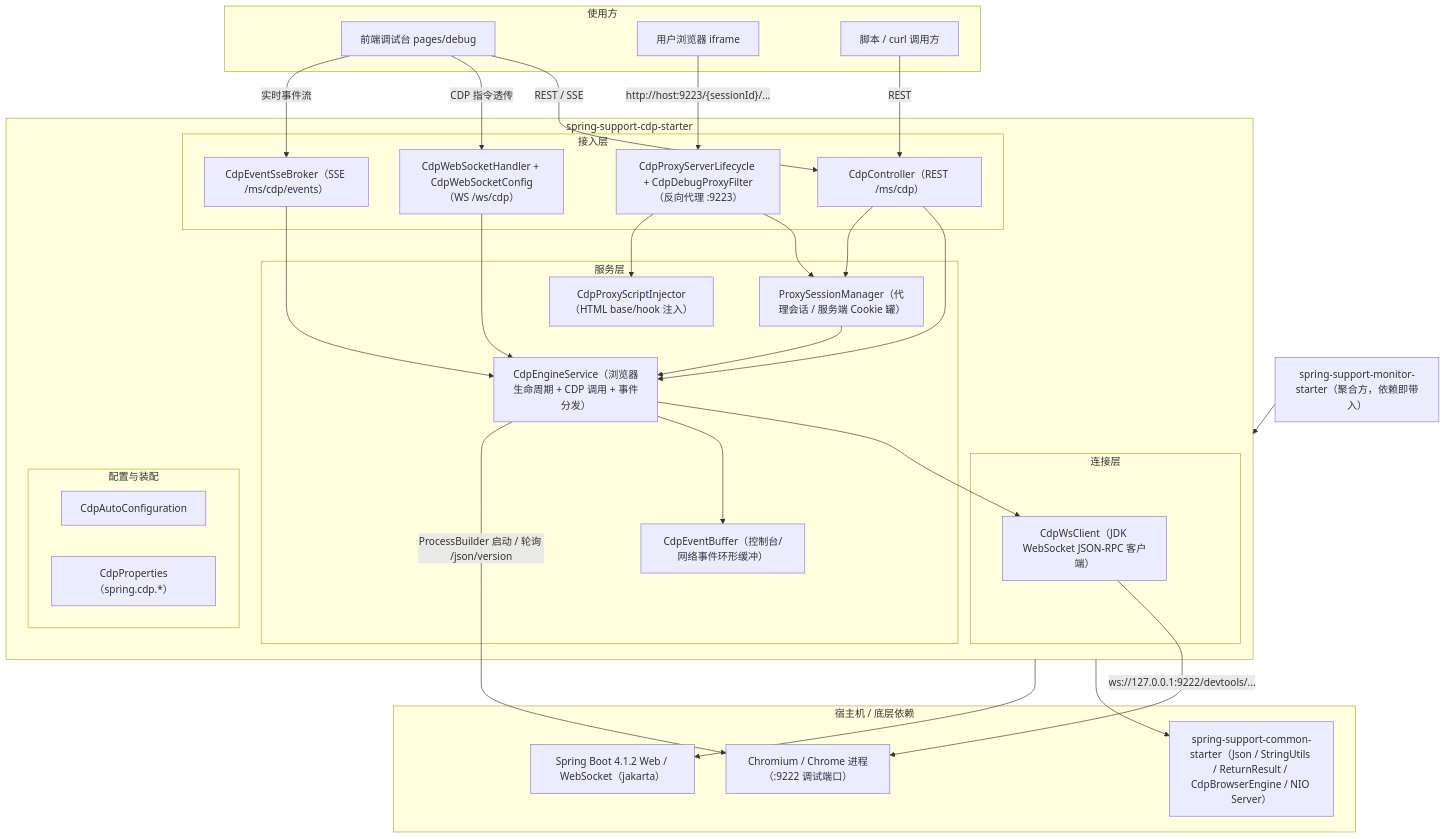
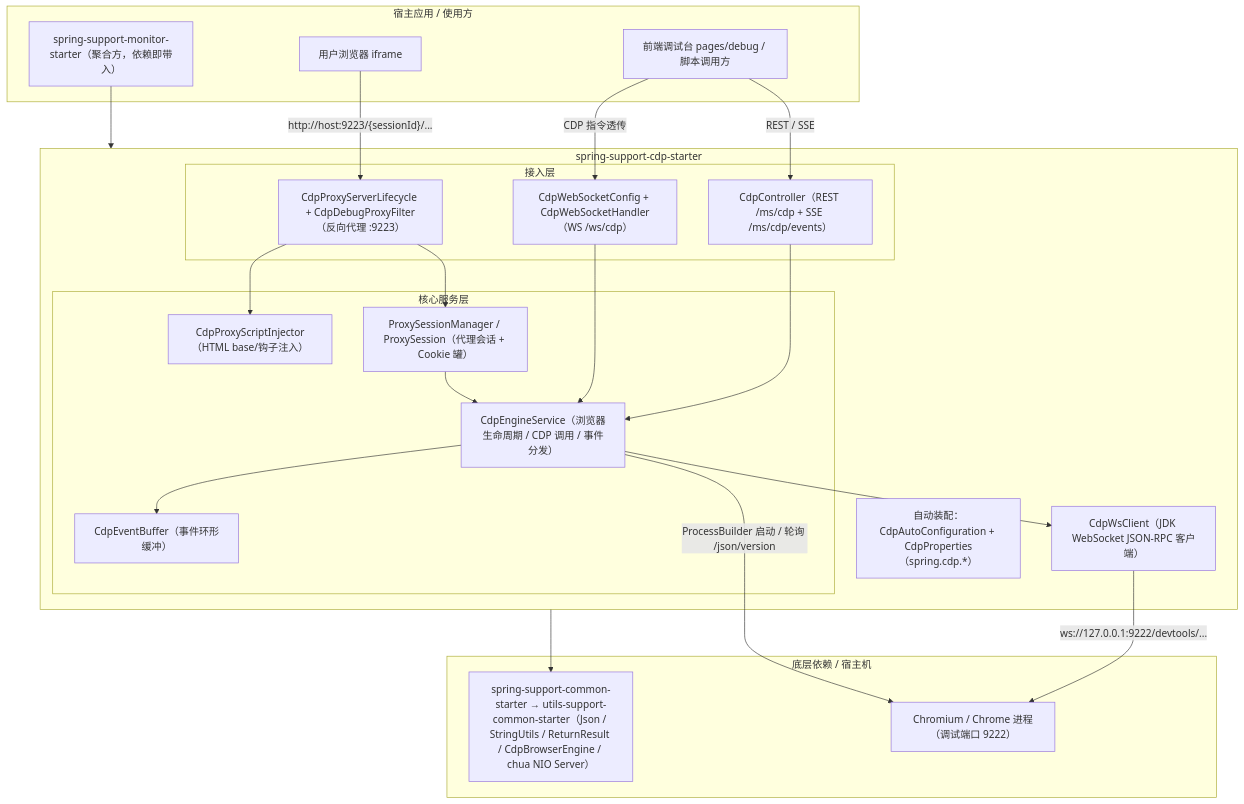
Before and after one commit to CHTK001/spring-support-parent-starter: the first of 2 diagrams in spring-support-cdp-starter/README.md, drawn with Mermaid. The commit also changed other lines of this file and 54 other files, not shown here.

````diff
--- a/spring-support-cdp-starter/README.md
+++ b/spring-support-cdp-starter/README.md
@@ -14,61 +8,44 @@
 ```mermaid
 flowchart TB
-    subgraph client["使用方"]
-        FE["前端调试台 pages/debug"]
+    subgraph host["宿主应用 / 使用方"]
+        FE["前端调试台 pages/debug / 脚本调用方"]
         IFRAME["用户浏览器 iframe"]
-        API["脚本 / curl 调用方"]
+        MONITOR["spring-support-monitor-starter（聚合方，依赖即带入）"]
     end
 
     subgraph cdp["spring-support-cdp-starter"]
+        AUTO["自动装配：CdpAutoConfiguration + CdpProperties（spring.cdp.*）"]
         subgraph access["接入层"]
-            CTRL["CdpController（REST /ms/cdp）"]
-            WSH["CdpWebSocketHandler + CdpWebSocketConfig（WS /ws/cdp）"]
-            SSEB["CdpEventSseBroker（SSE /ms/cdp/events）"]
+            CTRL["CdpController（REST /ms/cdp + SSE /ms/cdp/events）"]
+            WSH["CdpWebSocketConfig + CdpWebSocketHandler（WS /ws/cdp）"]
             PROXY["CdpProxyServerLifecycle + CdpDebugProxyFilter（反向代理 :9223）"]
         end
-        subgraph service["服务层"]
-            ENGINE["CdpEngineService（浏览器生命周期 + CDP 调用 + 事件分发）"]
-            SESSIONS["ProxySessionManager（代理会话 / 服务端 Cookie 罐）"]
-            BUFFER["CdpEventBuffer（控制台/网络事件环形缓冲）"]
-            INJECTOR["CdpProxyScriptInjector（HTML base/hook 注入）"]
+        subgraph service["核心服务层"]
+            ENGINE["CdpEngineService（浏览器生命周期 / CDP 调用 / 事件分发）"]
+            SESSIONS["ProxySessionManager / ProxySession（代理会话 + Cookie 罐）"]
+            BUFFER["CdpEventBuffer（事件环形缓冲）"]
+            INJECTOR["CdpProxyScriptInjector（HTML base/钩子注入）"]
         end
-        subgraph conn["连接层"]
-            CLIENT["CdpWsClient（JDK WebSocket JSON-RPC 客户端）"]
-        end
-        subgraph cfg["配置与装配"]
-            AUTO["CdpAutoConfiguration"]
-            PROPS["CdpProperties（spring.cdp.*）"]
-        end
+        CLIENT["CdpWsClient（JDK WebSocket JSON-RPC 客户端）"]
     end
 
-    subgraph infra["宿主机 / 底层依赖"]
-        CHROME["Chromium / Chrome 进程（:9222 调试端口）"]
-        COMMON["spring-support-common-starter（Json / StringUtils / ReturnResult / CdpBrowserEngine / NIO Server）"]
-        BOOT["Spring Boot 4.1.2 Web / WebSocket（jakarta）"]
+    subgraph infra["底层依赖 / 宿主机"]
+        COMMON["spring-support-common-starter → utils-support-common-starter（Json / StringUtils / ReturnResult / CdpBrowserEngine / chua NIO Server）"]
+        CHROME["Chromium / Chrome 进程（调试端口 9222）"]
     end
 
-    MONITOR["spring-support-monitor-starter（聚合方，依赖即带入）"]
-
+    MONITOR --> cdp
     FE -->|"REST / SSE"| CTRL
     FE -->|"CDP 指令透传"| WSH
-    FE -->|"实时事件流"| SSEB
     IFRAME -->|"http://host:9223/{sessionId}/..."| PROXY
-    API -->|"REST"| CTRL
-
     CTRL --> ENGINE
-    CTRL --> SESSIONS
     WSH --> ENGINE
-    SSEB --> ENGINE
     PROXY --> SESSIONS
     SESSIONS --> ENGINE
-    ENGINE --> CLIENT
     ENGINE --> BUFFER
     PROXY --> INJECTOR
-
+    ENGINE --> CLIENT
     CLIENT -->|"ws://127.0.0.1:9222/devtools/..."| CHROME
     ENGINE -->|"ProcessBuilder 启动 / 轮询 /json/version"| CHROME
-
-    MONITOR --> cdp
     cdp --> COMMON
-    cdp --> BOOT
 ```
````
